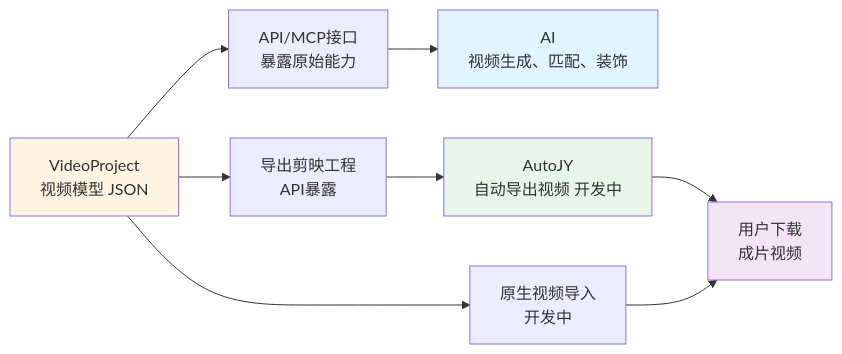
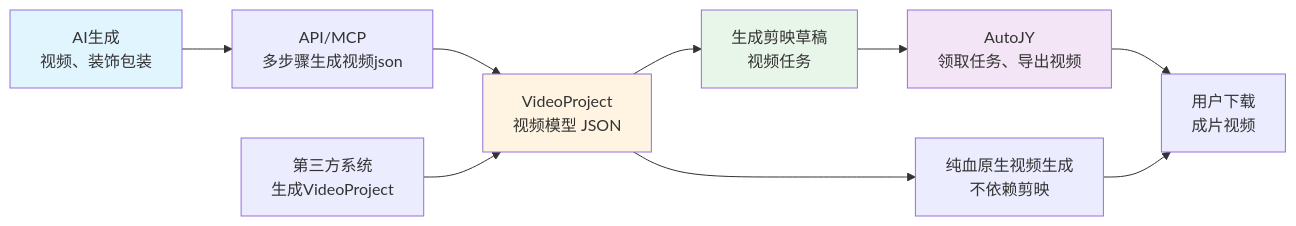
Before and after one commit to duoec/duo-video: the diagram in README.md, drawn with Mermaid. The commit also changed other lines of this file and 18 other files, not shown here.

````diff
--- a/README.md
+++ b/README.md
@@ -22,15 +29,16 @@
 ```mermaid
 graph LR
-    B --> A[AI<br/>视频生成、匹配、装饰]
-    C --> B[API/MCP接口<br/>暴露原始能力]
-    C[VideoProject<br/>视频模型 JSON] --> D[导出剪映工程<br/>API暴露]
-    D --> E[AutoJY<br/>自动导出视频 开发中]
-    E --> F[用户下载<br/>成片视频]
-    C --> G[原生视频导入<br/>开发中]
-    G --> F
+    A[AI生成<br/>视频、装饰包装] --> B[API/MCP<br/>多步骤生成视频json]
+    B --> C[VideoProject<br/>视频模型 JSON]
+    D[第三方系统<br/>生成VideoProject] --> C
+    C --> E[生成剪映草稿<br/>视频任务]
+    E --> F[AutoJY<br/>领取任务、导出视频]
+    F --> G[用户下载<br/>成片视频]
+    C --> H[纯血原生视频生成<br/>不依赖剪映]
+    H --> G
 
     style A fill:#e1f5ff
     style C fill:#fff4e1
     style E fill:#e8f5e9
     style F fill:#f3e5f5
 ```
````
